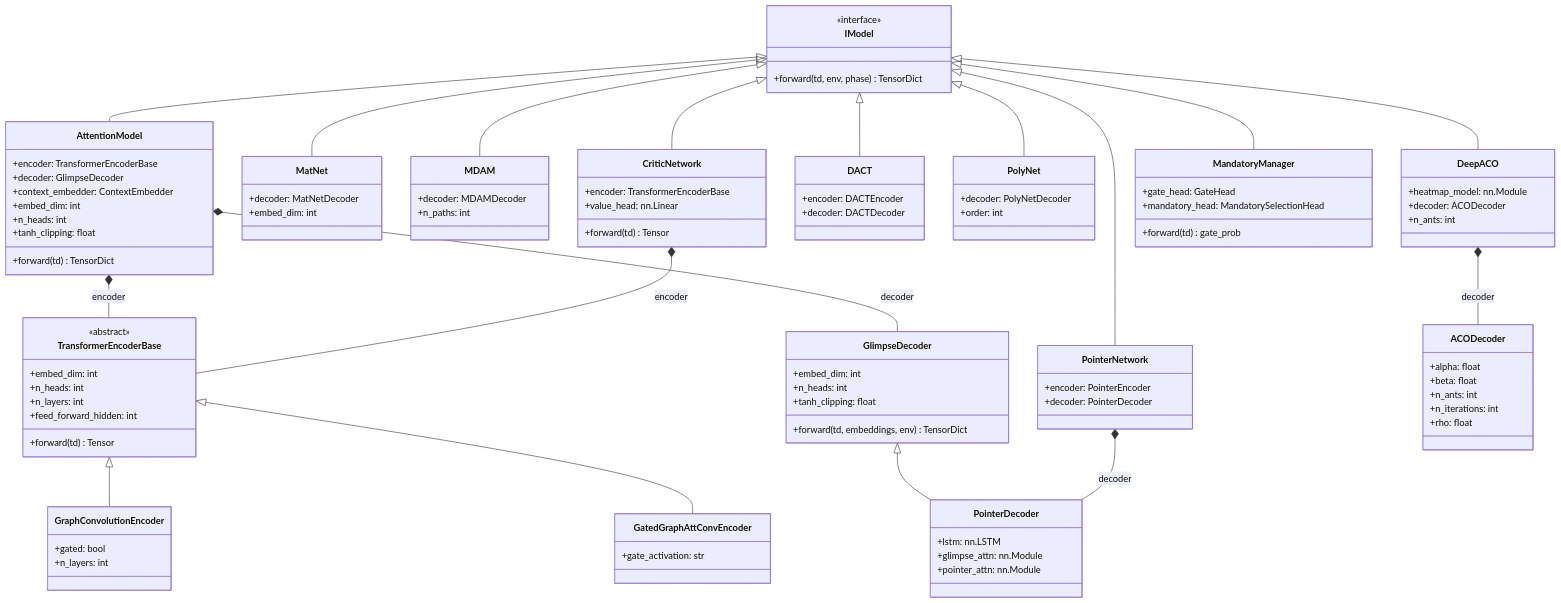
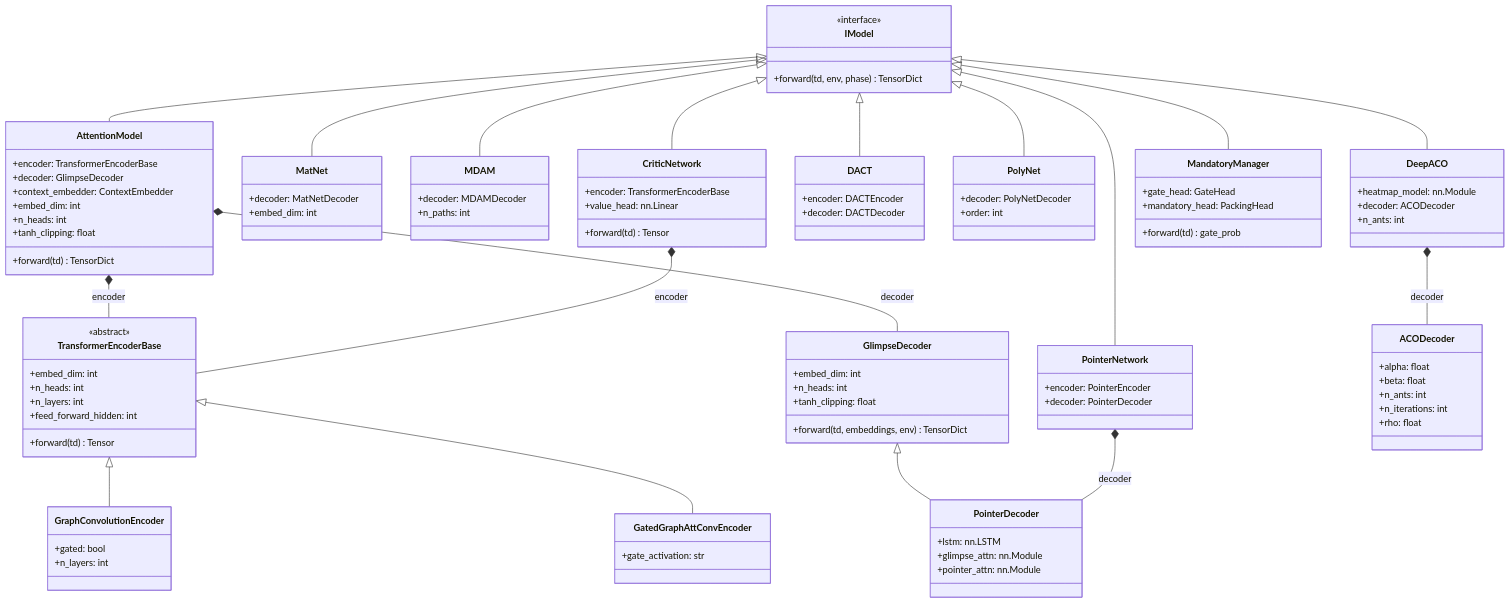
One commit to ACFHarbinger/WSmart-RoutePlus changed the third of 11 diagrams in docs/moon/ARCHITECTURE.md. Above: the diagram before and after it, drawn with Mermaid. The commit also changed other lines of this file and 58 other files, not shown here.

First line of the commit message:
docs: call mandatory selection packing and route constructors routing algorithms

```diff
--- a/docs/moon/ARCHITECTURE.md
+++ b/docs/moon/ARCHITECTURE.md
@@ -190,7 +190,7 @@
     }
     class MandatoryManager {
         +gate_head: GateHead
-        +mandatory_head: MandatorySelectionHead
+        +mandatory_head: PackingHead
         +forward(td) gate_prob
     }
 
```
